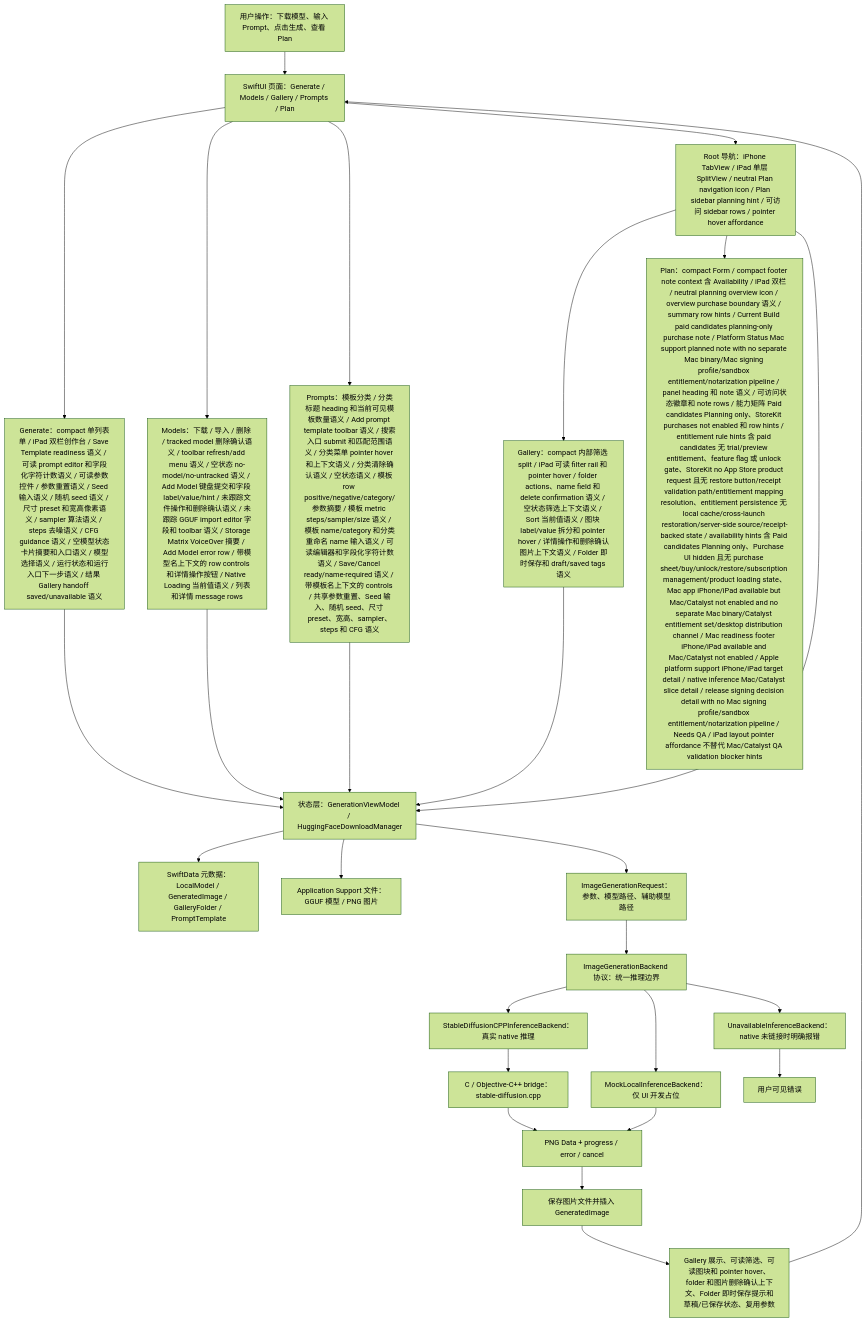
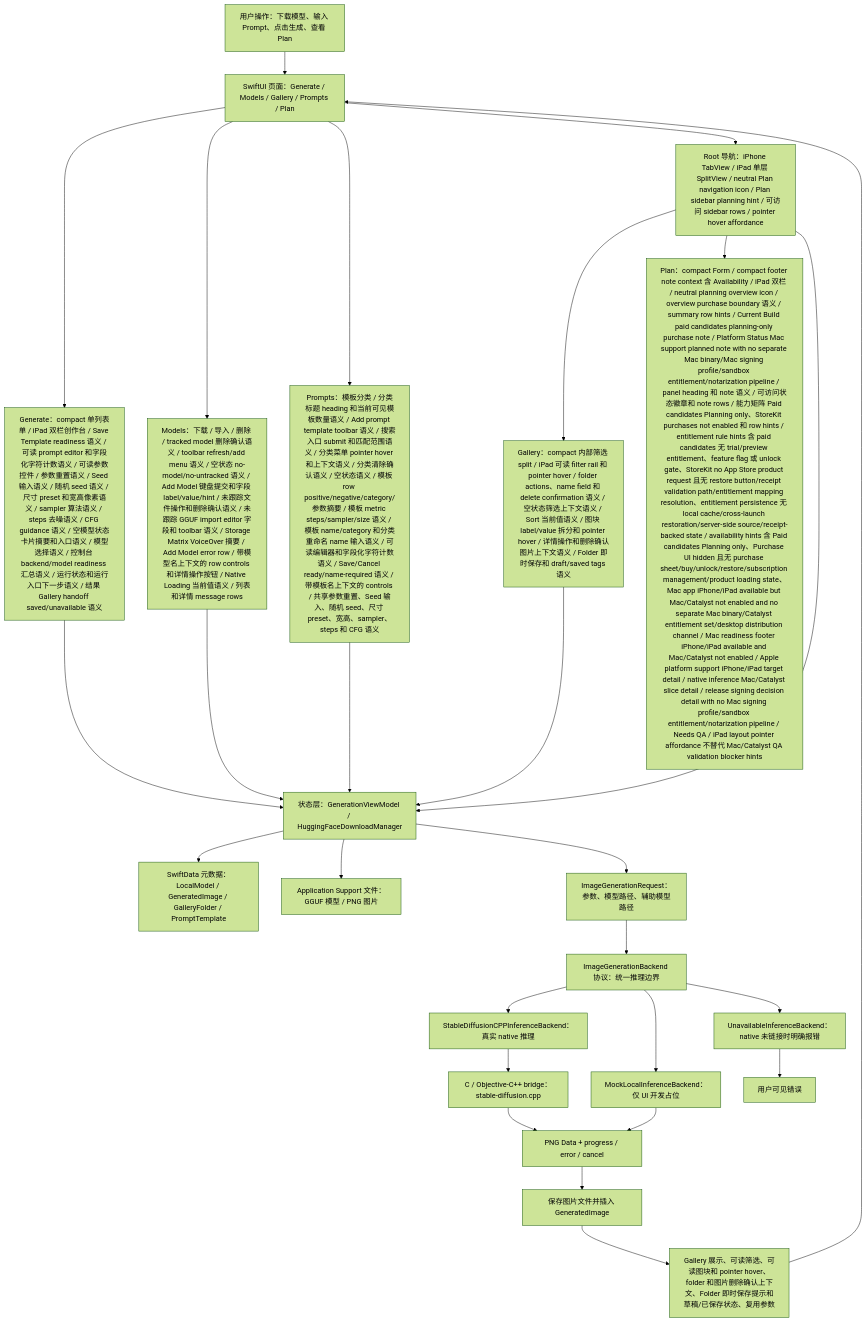
The first of 7 diagrams in md/flow/flowchart.md (Altman-sam114/118), drawn with Mermaid (forest theme) before and after one commit. The commit also changed 5 other files, not shown here.

````diff
--- a/md/flow/flowchart.md
+++ b/md/flow/flowchart.md
@@ -9,29 +9,29 @@
 ```mermaid
 flowchart TD
   U["用户操作：下载模型、输入 Prompt、点击生成、查看 Plan"] --> UI["SwiftUI 页面：Generate / Models / Gallery / Prompts / Plan"]
-  UI --> GENUI["Generate：compact 单列表单 / iPad 双栏创作台 / Save Template readiness 语义 / 可读 prompt editor 和字段化字符计数语义 / 可读参数控件 / 参数重置语义 / Seed 输入语义 / 随机 seed 语义 / 尺寸 preset 和宽高像素语义 / sampler 算法语义 / steps 去噪语义 / CFG guidance 语义 / 空模型状态卡片摘要和入口语义 / 模型选择语义 / 运行状态和运行入口下一步语义 / 结果 Gallery handoff saved/unavailable 语义"]
+  UI --> GENUI["Generate：compact 单列表单 / iPad 双栏创作台 / Save Template readiness 语义 / 可读 prompt editor 和字段化字符计数语义 / 可读参数控件 / 参数重置语义 / Seed 输入语义 / 随机 seed 语义 / 尺寸 preset 和宽高像素语义 / sampler 算法语义 / steps 去噪语义 / CFG guidance 语义 / 空模型状态卡片摘要和入口语义 / 模型选择语义 / 控制台 backend/model readiness 汇总语义 / 运行状态和运行入口下一步语义 / 结果 Gallery handoff saved/unavailable 语义"]
   UI --> MODELUI["Models：下载 / 导入 / 删除 / tracked model 删除确认语义 / toolbar refresh/add menu 语义 / 空状态 no-model/no-untracked 语义 / Add Model 键盘提交和字段 label/value/hint / 未跟踪文件操作和删除确认语义 / 未跟踪 GGUF import editor 字段和 toolbar 语义 / Storage Matrix VoiceOver 摘要 / Add Model error row / 带模型名上下文的 row controls 和详情操作按钮 / Native Loading 当前值语义 / 列表和详情 message rows"]
   UI --> PROMPTUI["Prompts：模板分类 / 分类标题 heading 和当前可见模板数量语义 / Add prompt template toolbar 语义 / 搜索入口 submit 和匹配范围语义 / 分类菜单 pointer hover 和上下文语义 / 分类清除确认语义 / 空状态语义 / 模板 row positive/negative/category/参数摘要 / 模板 metric steps/sampler/size 语义 / 模板 name/category 和分类重命名 name 输入语义 / 可读编辑器和字段化字符计数语义 / Save/Cancel ready/name-required 语义 / 带模板名上下文的 controls / 共享参数重置、Seed 输入、随机 seed、尺寸 preset、宽高、sampler、steps 和 CFG 语义"]
   UI --> NAV["Root 导航：iPhone TabView / iPad 单层 SplitView / neutral Plan navigation icon / Plan sidebar planning hint / 可访问 sidebar rows / pointer hover affordance"]
   NAV --> GALUI["Gallery：compact 内部筛选 split / iPad 可读 filter rail 和 pointer hover / folder actions、name field 和 delete confirmation 语义 / 空状态筛选上下文语义 / Sort 当前值语义 / 图块 label/value 拆分和 pointer hover / 详情操作和删除确认图片上下文语义 / Folder 即时保存和 draft/saved tags 语义"]
   NAV --> PLANUI["Plan：compact Form / compact footer note context 含 Availability / iPad 双栏 / neutral planning overview icon / overview purchase boundary 语义 / summary row hints / Current Build paid candidates planning-only purchase note / Platform Status Mac support planned note with no separate Mac binary/Mac signing profile/sandbox entitlement/notarization pipeline / panel heading 和 note 语义 / 可访问状态徽章和 note rows / 能力矩阵 Paid candidates Planning only、StoreKit purchases not enabled 和 row hints / entitlement rule hints 含 paid candidates 无 trial/preview entitlement、feature flag 或 unlock gate、StoreKit no App Store product request 且无 restore button/receipt validation path/entitlement mapping resolution、entitlement persistence 无 local cache/cross-launch restoration/server-side source/receipt-backed state / availability hints 含 Paid candidates Planning only、Purchase UI hidden 且无 purchase sheet/buy/unlock/restore/subscription management/product loading state、Mac app iPhone/iPad available but Mac/Catalyst not enabled and no separate Mac binary/Catalyst entitlement set/desktop distribution channel / Mac readiness footer iPhone/iPad available and Mac/Catalyst not enabled / Apple platform support iPhone/iPad target detail / native inference Mac/Catalyst slice detail / release signing decision detail with no Mac signing profile/sandbox entitlement/notarization pipeline / Needs QA / iPad layout pointer affordance 不替代 Mac/Catalyst QA validation blocker hints"]
   NAV --> VM["状态层：GenerationViewModel / HuggingFaceDownloadManager"]
   GENUI --> VM
   MODELUI --> VM
   PROMPTUI --> VM
   GALUI --> VM
   VM --> SD["SwiftData 元数据：LocalModel / GeneratedImage / GalleryFolder / PromptTemplate"]
   VM --> FS["Application Support 文件：GGUF 模型 / PNG 图片"]
   VM --> REQ["ImageGenerationRequest：参数、模型路径、辅助模型路径"]
   REQ --> IFACE["ImageGenerationBackend 协议：统一推理边界"]
   IFACE --> NATIVE["StableDiffusionCPPInferenceBackend：真实 native 推理"]
   IFACE --> MOCK["MockLocalInferenceBackend：仅 UI 开发占位"]
   IFACE --> OFF["UnavailableInferenceBackend：native 未链接时明确报错"]
   NATIVE --> BRIDGE["C / Objective-C++ bridge：stable-diffusion.cpp"]
   BRIDGE --> PNG["PNG Data + progress / error / cancel"]
   MOCK --> PNG
   OFF --> ERR["用户可见错误"]
   PNG --> SAVE["保存图片文件并插入 GeneratedImage"]
   SAVE --> GALLERY["Gallery 展示、可读筛选、可读图块和 pointer hover、folder 和图片删除确认上下文、Folder 即时保存提示和草稿/已保存状态、复用参数"]
   GALLERY --> UI
 ```
````
